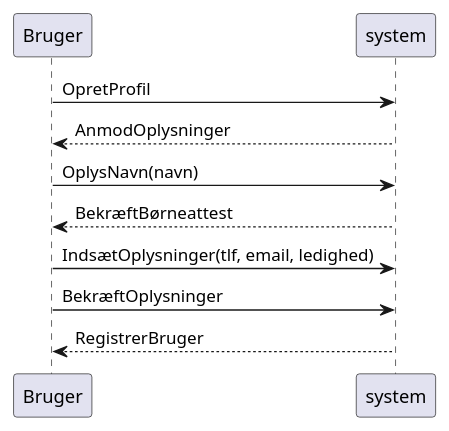
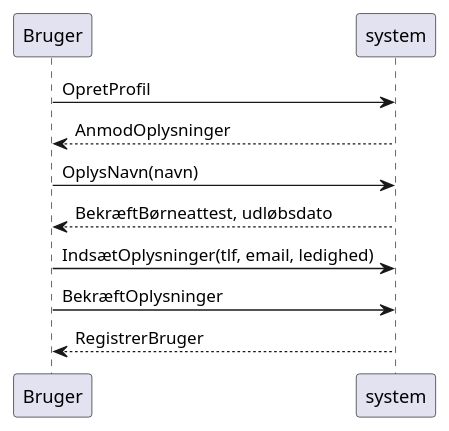
Before and after one commit to Alabaster550/A4vikar: the diagram in Analyse/SSD_Lærervikaren.plantuml, drawn with PlantUML. The commit also changed 2 other files, not shown here.

```diff
--- a/Analyse/SSD_Lærervikaren.plantuml
+++ b/Analyse/SSD_Lærervikaren.plantuml
@@ -1,15 +1,15 @@
 @startuml
 
 Bruger -> system : OpretProfil
 Bruger <-- system : AnmodOplysninger
 
 
 
 Bruger -> system : OplysNavn(navn)
-Bruger <-- system : BekræftBørneattest
+Bruger <-- system : BekræftBørneattest, udløbsdato
 
 Bruger -> system : IndsætOplysninger(tlf, email, ledighed)
 Bruger -> system : BekræftOplysninger
 Bruger <-- system : RegistrerBruger
 
 @enduml
```
